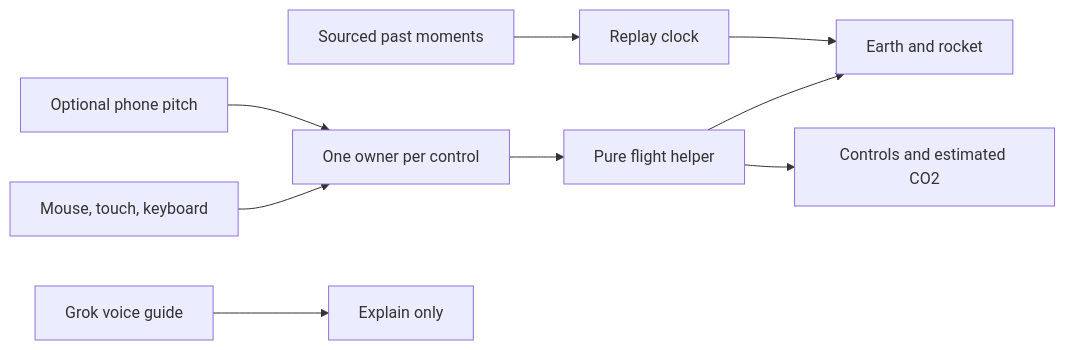
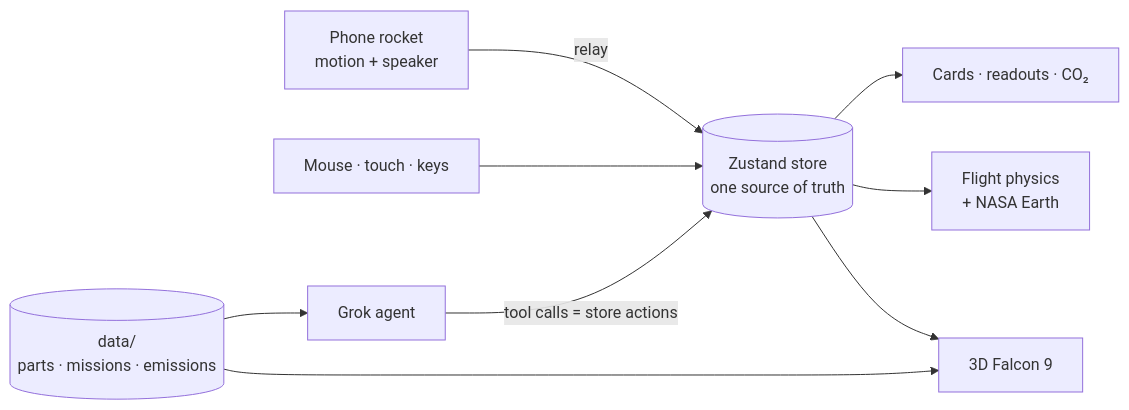
One commit to NPX2218/teardown changed the diagram in README.md. Above: the diagram before and after it, drawn with Mermaid. The commit also changed other lines of this file and 6 other files, not shown here.

````diff
--- a/README.md
+++ b/README.md
@@ -99,11 +138,11 @@
 ```mermaid
 flowchart LR
-  Local["Mouse, touch, keyboard"] --> Input["One owner per control"]
-  Phone["Optional phone pitch"] --> Input
-  Input --> Flight["Pure flight helper"]
-  Flight --> Scene["Earth and rocket"]
-  Flight --> HUD["Controls and estimated CO2"]
-  History["Sourced past moments"] --> Replay["Replay clock"]
-  Replay --> Scene
-  Guide["Grok voice guide"] --> Explain["Explain only"]
+  Phone["Phone rocket<br/>motion + speaker"] -->|relay| Store
+  Mouse["Mouse · touch · keys"] --> Store
+  Grok["Grok agent"] -->|tool calls = store actions| Store
+  Store[("Zustand store<br/>one source of truth")] --> Viewer["3D Falcon 9"]
+  Store --> Flight["Flight physics<br/>+ NASA Earth"]
+  Store --> HUD["Cards · readouts · CO₂"]
+  Data[("data/<br/>parts · missions · emissions")] --> Viewer
+  Data --> Grok
 ```
````
